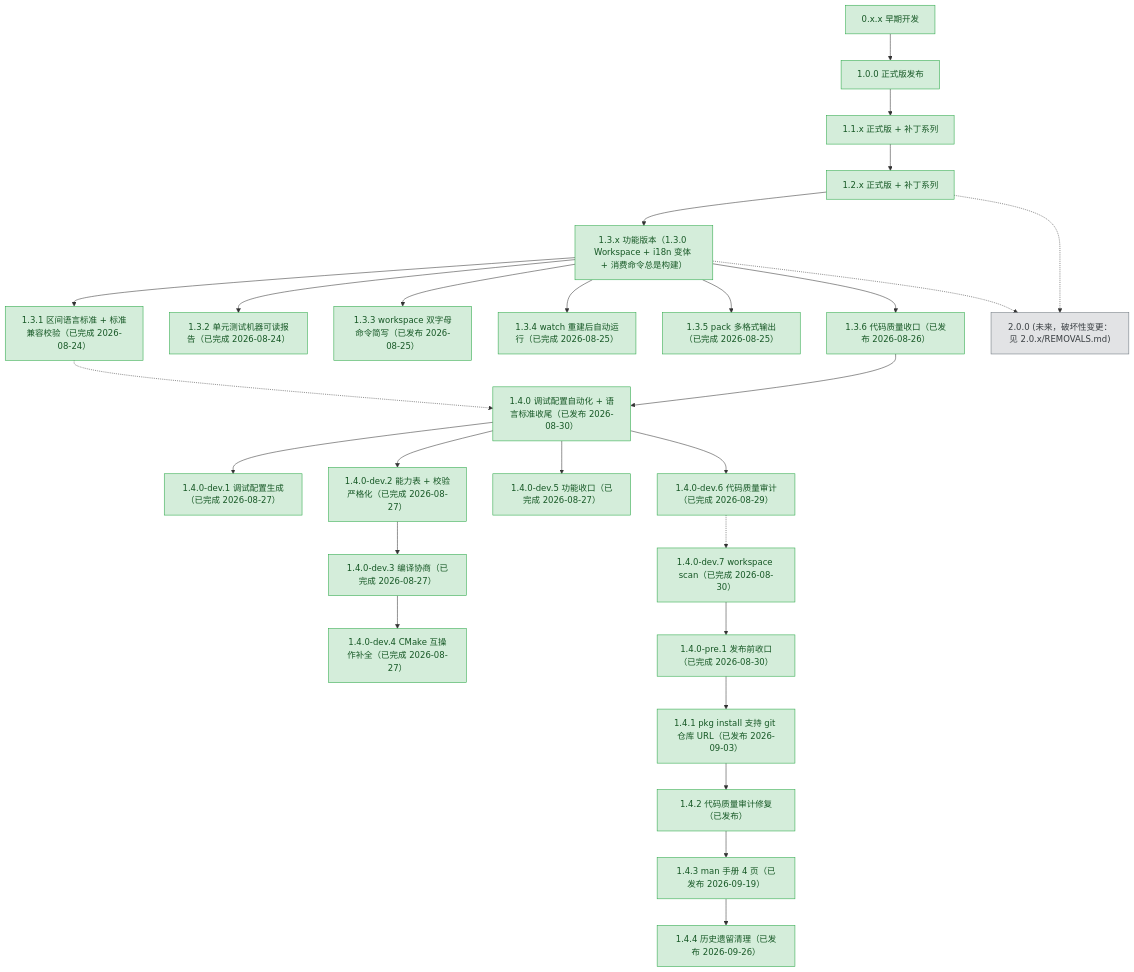
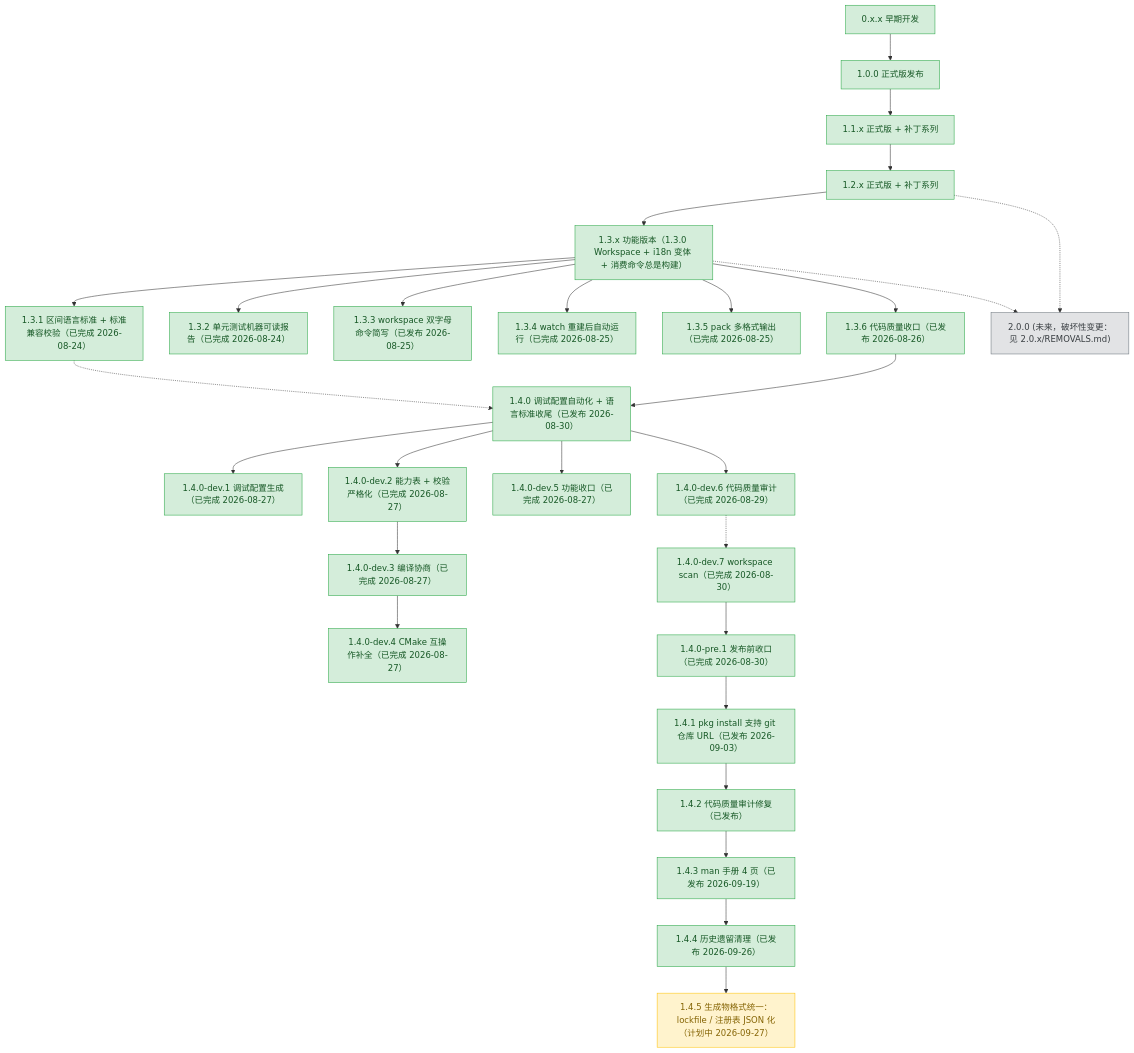
One commit to 3667808244/EazyMake changed the diagram in plans/README.md. Above: the diagram before and after it, drawn with Mermaid. The commit also changed other lines of this file and 5 other files, not shown here.

First line of the commit message:
docs(1.4.5): 新增 1.4.5 执行计划 — lockfile / 仓库注册表 JSON 化

````diff
--- a/plans/README.md
+++ b/plans/README.md
@@ -98,6 +98,7 @@
     v142p["1.4.2 代码质量审计修复（已发布）"]
     v143p["1.4.3 man 手册 4 页（已发布 2026-09-19）"]
     v144p["1.4.4 历史遗留清理（已发布 2026-09-26）"]
+    v145p["1.4.5 生成物格式统一：lockfile / 注册表 JSON 化（计划中 2026-09-27）"]
     v200["2.0.0 (未来，破坏性变更：见 2.0.x/REMOVALS.md)"]
 
     v0xx --> v100
@@ -123,6 +124,7 @@
     v141p --> v142p
     v142p --> v143p
     v143p --> v144p
+    v144p --> v145p
     v131 -.-> v140
     v12x -.-> v200
     v13x -.-> v200
@@ -154,5 +156,6 @@
     class v142p done;
     class v143p done;
     class v144p done;
+    class v145p active;
     class v200 todo;
 ```
````
